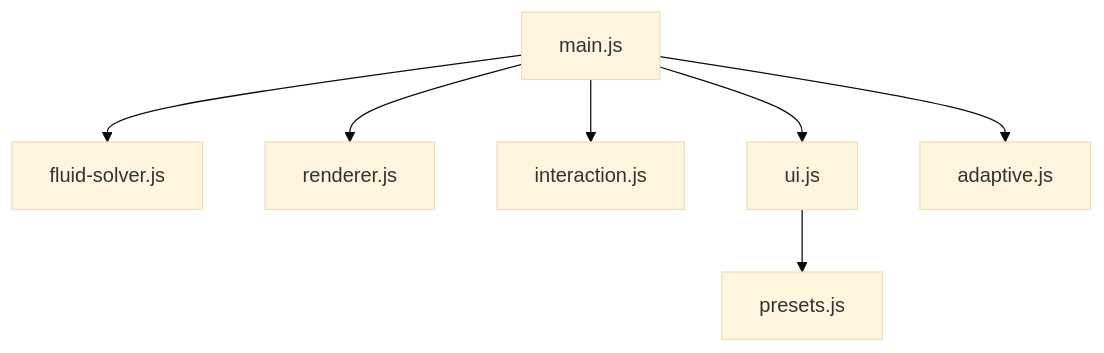
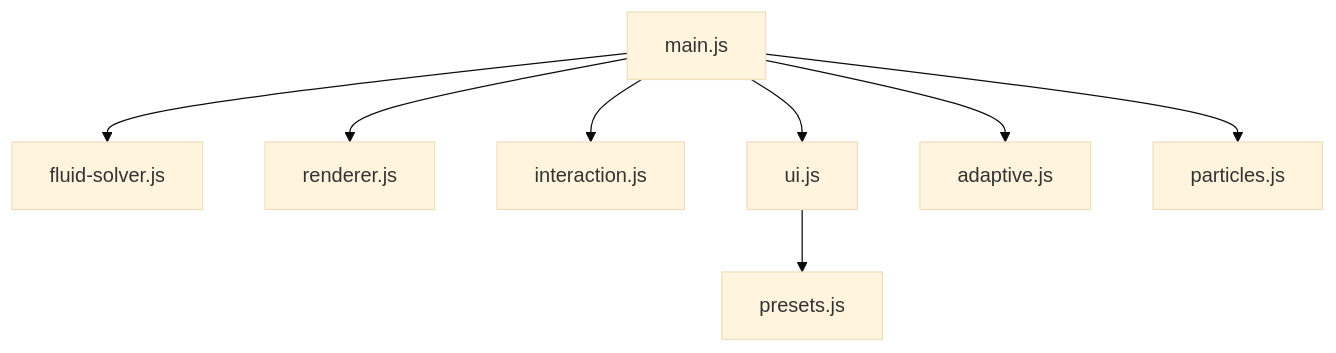
Before and after one commit to palsagar/webgpu-fluid-solver: the first of 3 diagrams in docs/architecture.md, drawn with Mermaid (base theme). The commit also changed other lines of this file and 2 other files, not shown here.

````diff
--- a/docs/architecture.md
+++ b/docs/architecture.md
@@ -19,9 +19,10 @@
 ```mermaid
 graph TD
     main["main.js"] --> FluidSolver["fluid-solver.js"]
     main --> Renderer["renderer.js"]
     main --> Interaction["interaction.js"]
     main --> UI["ui.js"]
     main --> Adaptive["adaptive.js"]
+    main --> Particles["particles.js"]
     UI --> Presets["presets.js"]
 ```
````
